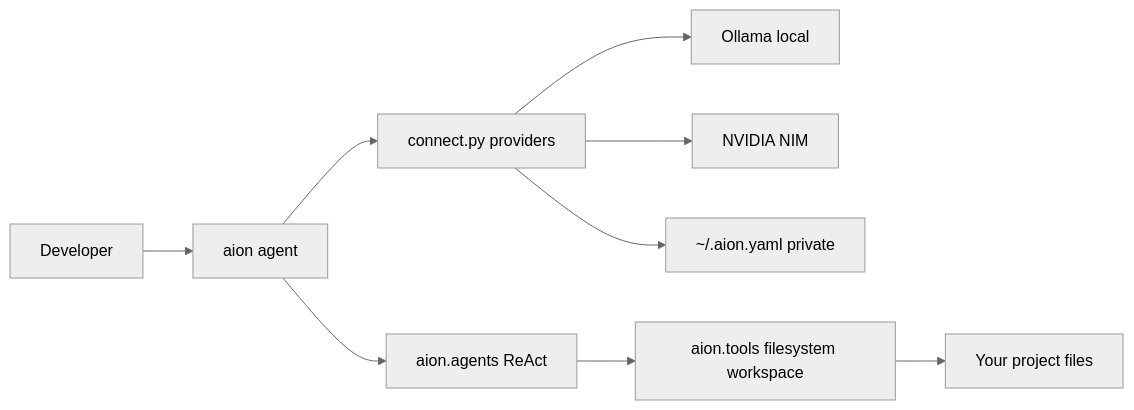
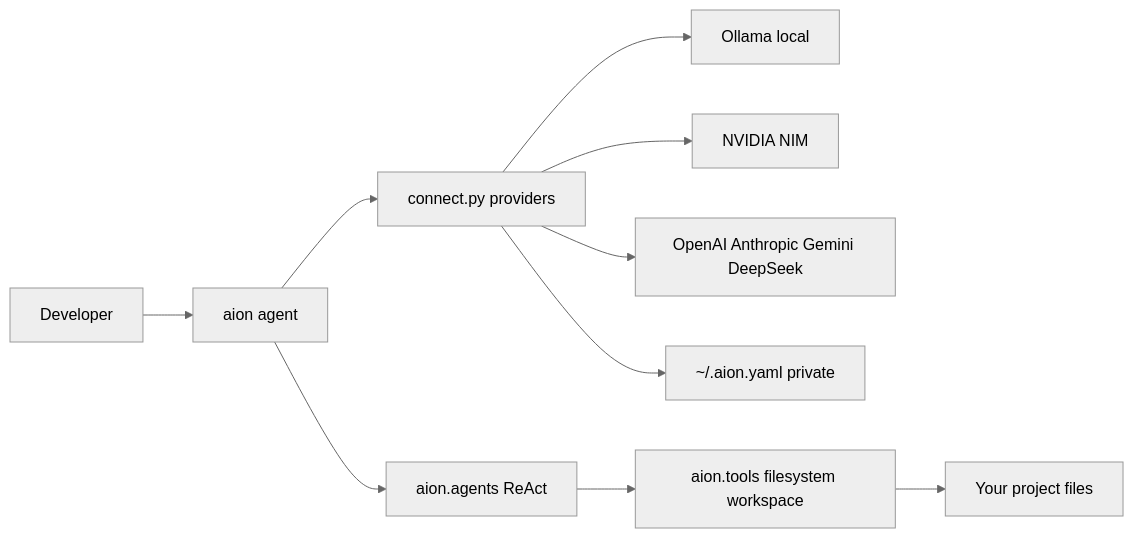
The first of 5 diagrams in README.md (Aqwel-AI/pytekt), drawn with Mermaid (neutral theme) before and after one commit. The commit also changed other lines of this file and 28 other files, not shown here.

````diff
--- a/README.md
+++ b/README.md
@@ -139,11 +142,12 @@
 ```mermaid
 flowchart LR
   Dev[Developer] --> CLI[aion agent]
   CLI --> Conn[connect.py providers]
   Conn --> Ollama[Ollama local]
   Conn --> NVIDIA[NVIDIA NIM]
+  Conn --> Cloud[OpenAI Anthropic Gemini DeepSeek]
   CLI --> Agent[aion.agents ReAct]
   Agent --> Tools[aion.tools filesystem workspace]
   Tools --> Repo[Your project files]
   Conn --> Config["~/.aion.yaml private"]
 ```
````
